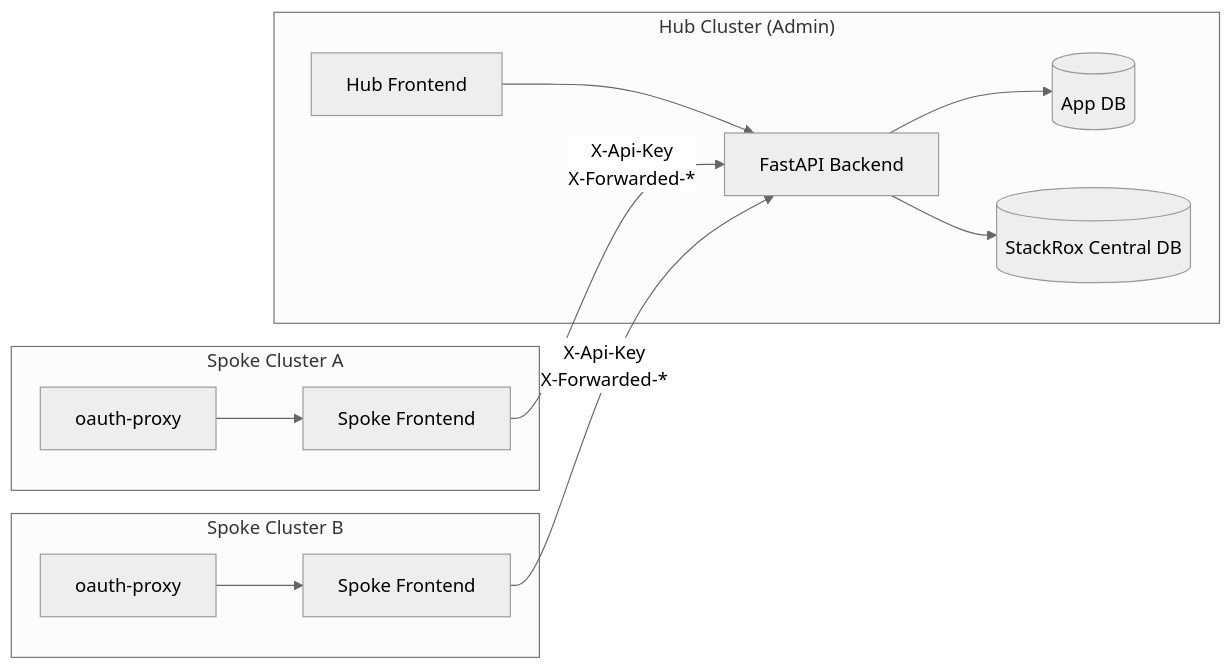
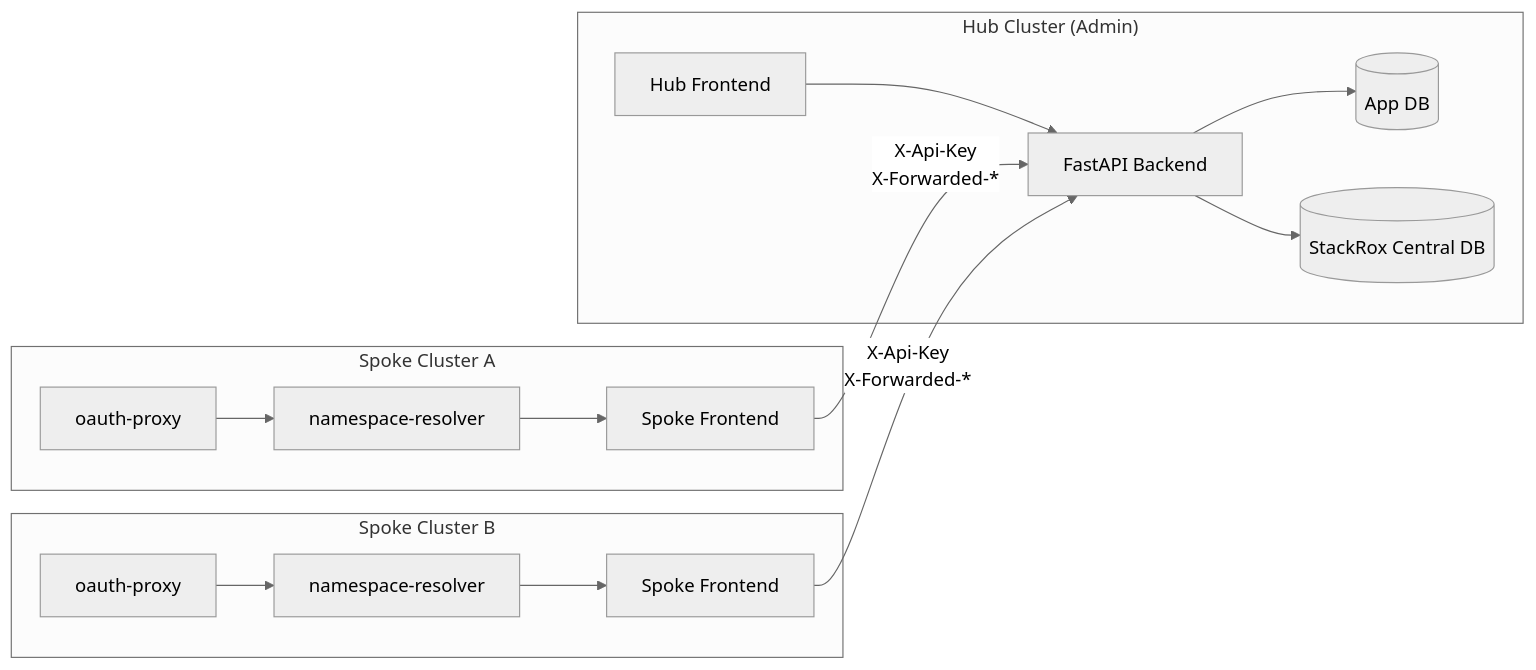
One commit to dadav/rhacs-manager changed the first of 4 diagrams in docs/architecture.md. Above: the diagram before and after it, drawn with Mermaid (neutral theme). The commit also changed other lines of this file and 11 other files, not shown here.

````diff
--- a/docs/architecture.md
+++ b/docs/architecture.md
@@ -7,29 +7,33 @@
 ```mermaid
 graph LR
     subgraph "Hub Cluster (Admin)"
         BE["FastAPI Backend"]
         FE_HUB["Hub Frontend"]
         APP_DB[("App DB")]
         SX_DB[("StackRox Central DB")]
     end
 
     subgraph "Spoke Cluster A"
         OP_A["oauth-proxy"]
+        NR_A["namespace-resolver"]
         FE_A["Spoke Frontend"]
     end
 
     subgraph "Spoke Cluster B"
         OP_B["oauth-proxy"]
+        NR_B["namespace-resolver"]
         FE_B["Spoke Frontend"]
     end
 
     FE_HUB --> BE
     BE --> APP_DB
     BE --> SX_DB
 
-    OP_A --> FE_A
+    OP_A --> NR_A
+    NR_A --> FE_A
     FE_A -->|"X-Api-Key<br/>X-Forwarded-*"| BE
 
-    OP_B --> FE_B
+    OP_B --> NR_B
+    NR_B --> FE_B
     FE_B -->|"X-Api-Key<br/>X-Forwarded-*"| BE
 ```
````
